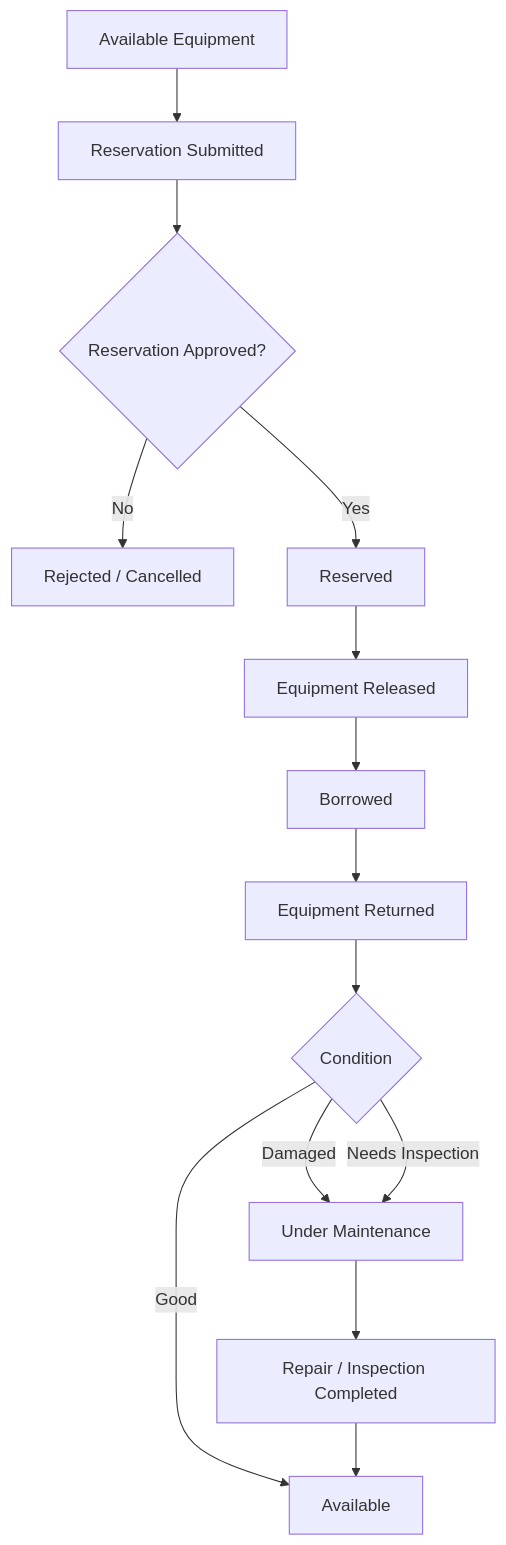
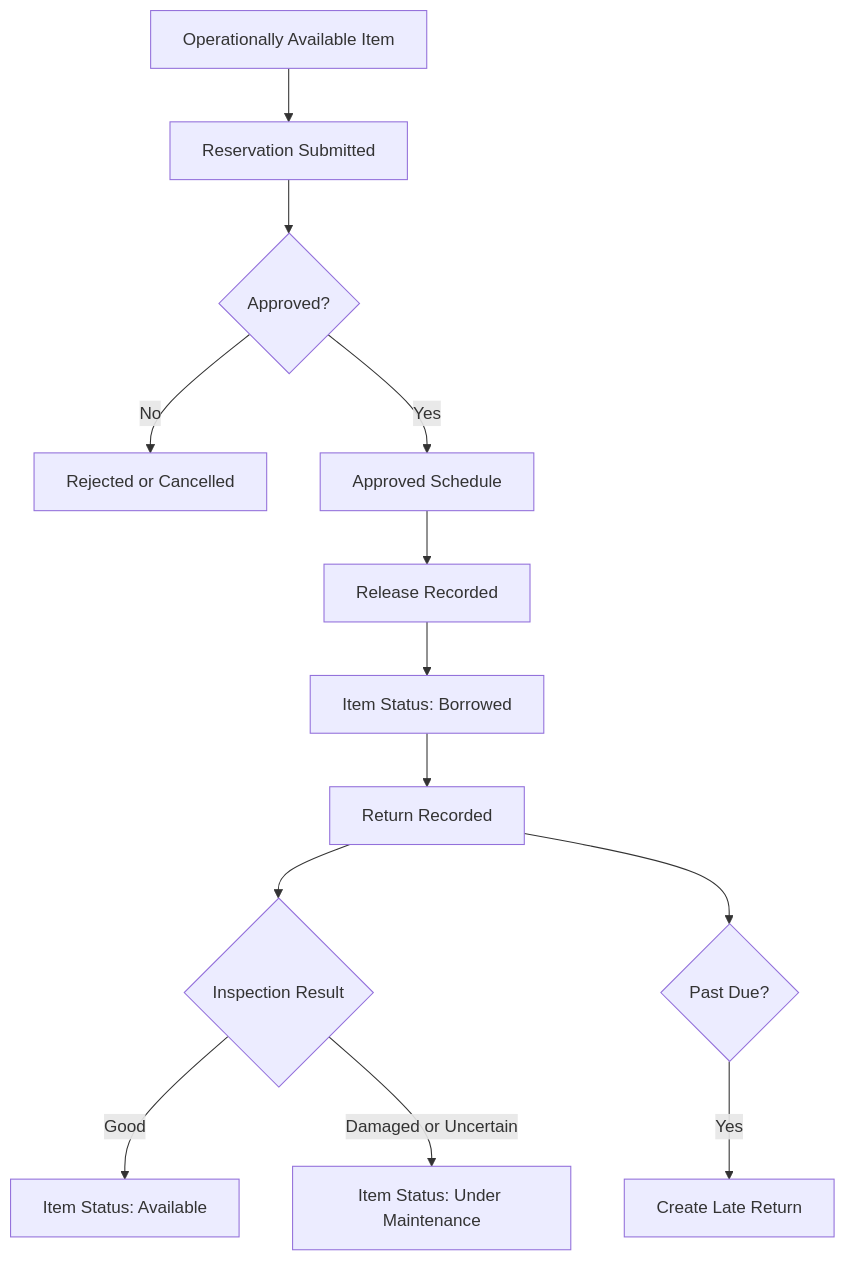
Before and after one commit to janninobansag/Gearantee: the second of 2 diagrams in doc/Campus_Equipment_Borrowing_ERD_Data_Dictionary.md, drawn with Mermaid. The commit also changed other lines of this file and 68 other files, not shown here.

````diff
--- a/doc/Campus_Equipment_Borrowing_ERD_Data_Dictionary.md
+++ b/doc/Campus_Equipment_Borrowing_ERD_Data_Dictionary.md
@@ -754,24 +410,15 @@
 ```mermaid
 flowchart TD
-
-    A[Available Equipment]
-    --> B[Reservation Submitted]
-
-    B --> C{Reservation Approved?}
-
-    C -->|No| D[Rejected / Cancelled]
-    C -->|Yes| E[Reserved]
-
-    E --> F[Equipment Released]
-    F --> G[Borrowed]
-
-    G --> H[Equipment Returned]
-    H --> I{Condition}
-
-    I -->|Good| J[Available]
-    I -->|Damaged| K[Under Maintenance]
-    I -->|Needs Inspection| K
-
-    K --> L[Repair / Inspection Completed]
-    L --> J
+    A[Operationally Available Item] --> B[Reservation Submitted]
+    B --> C{Approved?}
+    C -->|No| D[Rejected or Cancelled]
+    C -->|Yes| E[Approved Schedule]
+    E --> F[Release Recorded]
+    F --> G[Item Status: Borrowed]
+    G --> H[Return Recorded]
+    H --> I{Inspection Result}
+    I -->|Good| J[Item Status: Available]
+    I -->|Damaged or Uncertain| K[Item Status: Under Maintenance]
+    H --> L{Past Due?}
+    L -->|Yes| M[Create Late Return]
 ```
````
